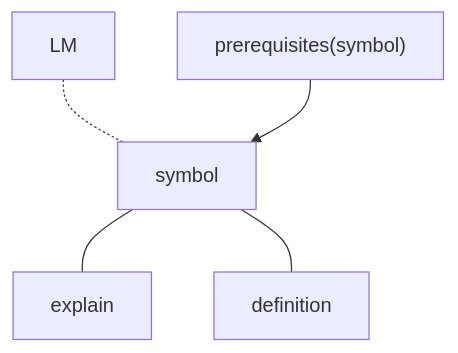
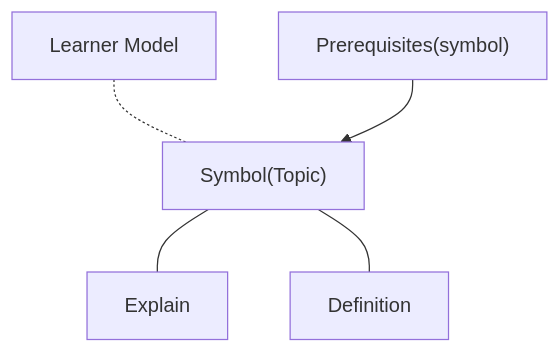
The first of 6 diagrams in pages/master-thesis.md (behroozbc/phd-interview), drawn with Mermaid before and after one commit. The commit also changed other lines of this file and 2 other files, not shown here.

````diff
--- a/pages/master-thesis.md
+++ b/pages/master-thesis.md
@@ -56,12 +56,12 @@
 ```mermaid
 flowchart TD
-    symbol
-    definition
-    explain
-    LM
-    prerequisites["prerequisites(symbol)"]
+    symbol["Symbol(Topic)"]
+    definition["Definition"]
+    explain["Explain"]
+    LM["Learner Model"]
+    prerequisites["Prerequisites(symbol)"]
     symbol---explain
     symbol---definition
     LM-.-symbol
     prerequisites-->symbol
 ```
````
